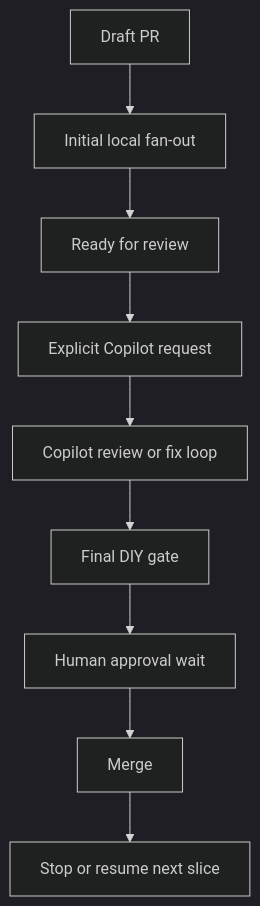
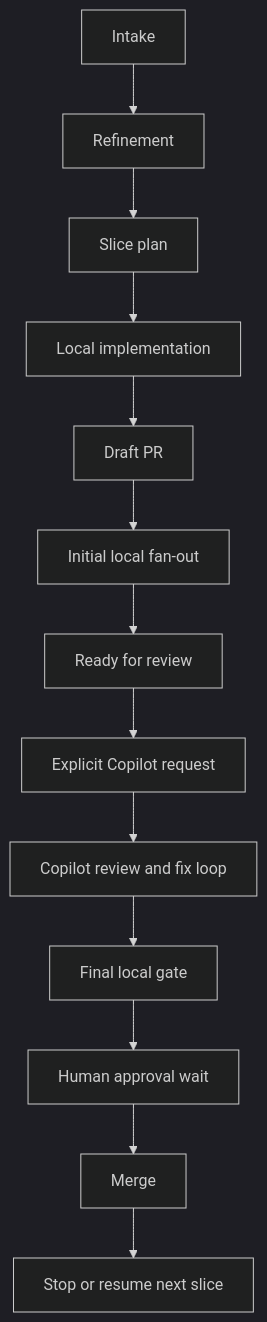
The diagram in docs/conductor-loop-latency-presentation.md (mfittko/pi-dev-loops), drawn with Mermaid (dark theme) before and after one commit. The commit also changed other lines of this file, not shown here.

````diff
--- a/docs/conductor-loop-latency-presentation.md
+++ b/docs/conductor-loop-latency-presentation.md
@@ -172,14 +109,15 @@
 ```mermaid {scale: 0.8}
 flowchart TD
-    A[Draft PR]
-    B[Initial local fan-out]
-    C[Ready for review]
-    D[Explicit Copilot request]
-    E[Copilot review or fix loop]
-    F[Final DIY gate]
-    G[Human approval wait]
-    H[Merge]
-    I[Stop or resume next slice]
-
-    A --> B --> C --> D --> E --> F --> G --> H --> I
+    A[Intake] --> B[Refinement]
+    B --> C[Slice plan]
+    C --> D[Local implementation]
+    D --> E[Draft PR]
+    E --> F[Initial local fan-out]
+    F --> G[Ready for review]
+    G --> H[Explicit Copilot request]
+    H --> I[Copilot review and fix loop]
+    I --> J[Final local gate]
+    J --> K[Human approval wait]
+    K --> L[Merge]
+    L --> M[Stop or resume next slice]
 ```
````
